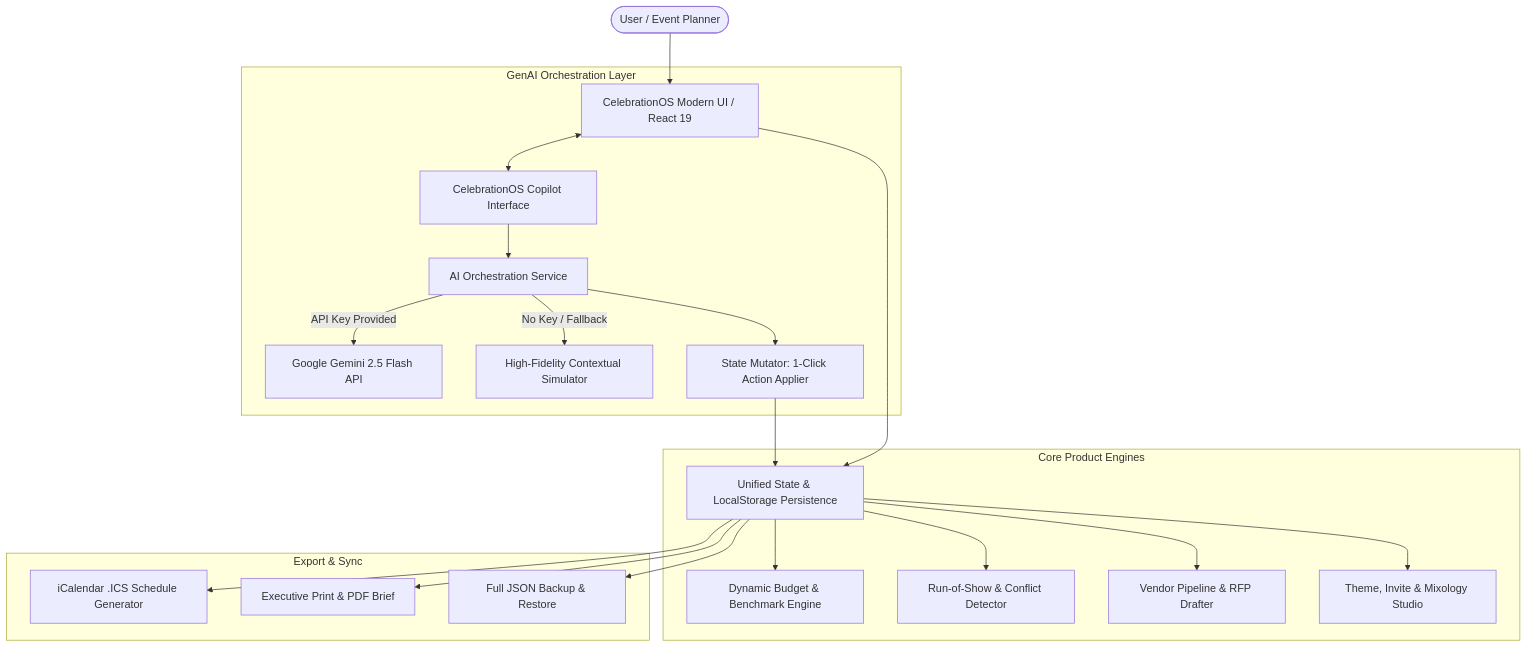
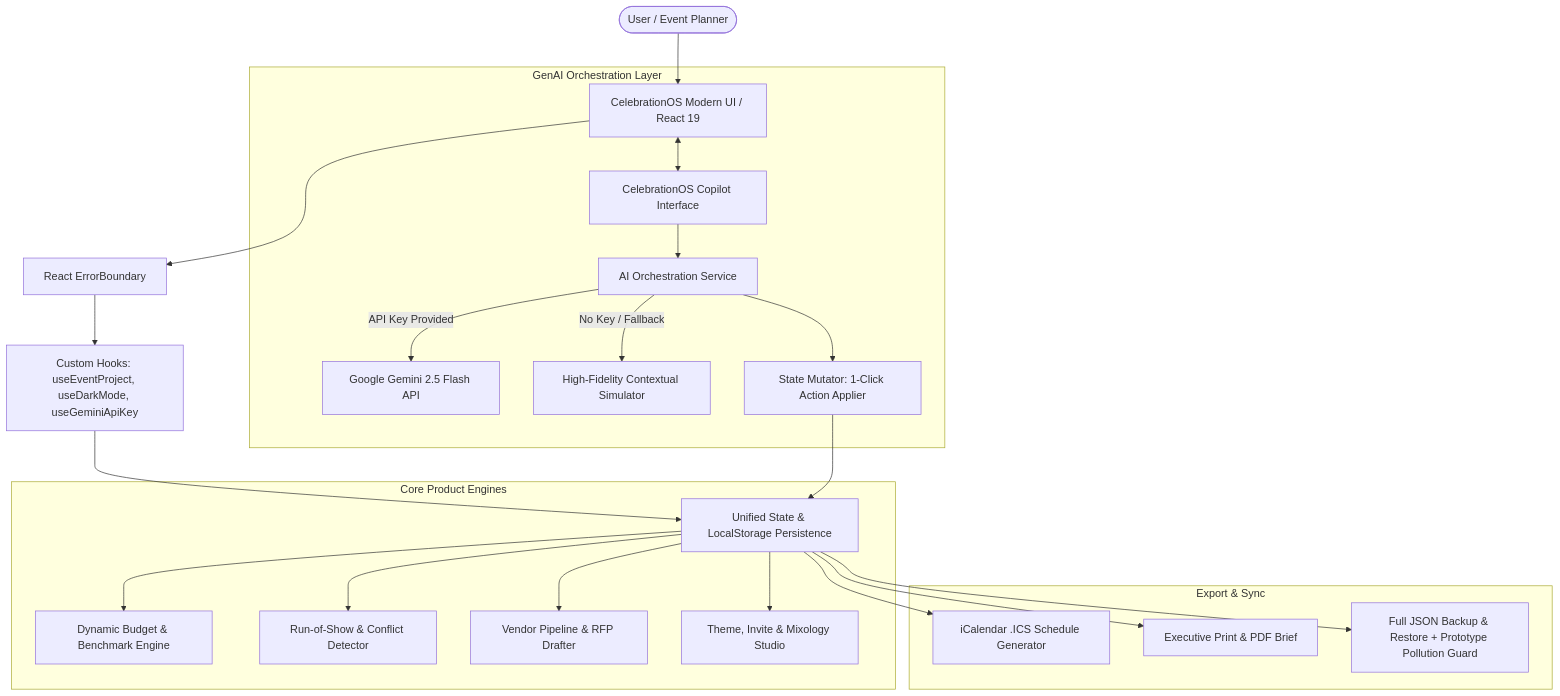
Before and after one commit to HarshitDhaduk/CelebrationOS: the diagram in README.md, drawn with Mermaid. The commit also changed other lines of this file and 30 other files, not shown here.

````diff
--- a/README.md
+++ b/README.md
@@ -62,27 +74,29 @@
 ```mermaid
 graph TD
     User([User / Event Planner]) --> UI[CelebrationOS Modern UI / React 19]
-    UI --> StateManager[Unified State & LocalStorage Persistence]
+    UI --> ErrorBoundary[React ErrorBoundary]
+    ErrorBoundary --> CustomHooks[Custom Hooks: useEventProject, useDarkMode, useGeminiApiKey]
+    CustomHooks --> StateManager[Unified State & LocalStorage Persistence]
     
     subgraph Core Product Engines
         StateManager --> BudgetEngine[Dynamic Budget & Benchmark Engine]
         StateManager --> TimelineEngine[Run-of-Show & Conflict Detector]
         StateManager --> VendorHub[Vendor Pipeline & RFP Drafter]
         StateManager --> CreativeStudio[Theme, Invite & Mixology Studio]
     end
 
     subgraph GenAI Orchestration Layer
         UI <--> CopilotDrawer[CelebrationOS Copilot Interface]
         CopilotDrawer --> GeminiService[AI Orchestration Service]
         GeminiService -->|API Key Provided| LiveGemini[Google Gemini 2.5 Flash API]
         GeminiService -->|No Key / Fallback| IntelligentSimulator[High-Fidelity Contextual Simulator]
         GeminiService --> StateMutator[State Mutator: 1-Click Action Applier]
         StateMutator --> StateManager
     end
 
     subgraph Export & Sync
         StateManager --> ICSExport[iCalendar .ICS Schedule Generator]
         StateManager --> PrintPDF[Executive Print & PDF Brief]
-        StateManager --> JSONBackup[Full JSON Backup & Restore]
+        StateManager --> JSONBackup[Full JSON Backup & Restore + Prototype Pollution Guard]
     end
 ```
````
